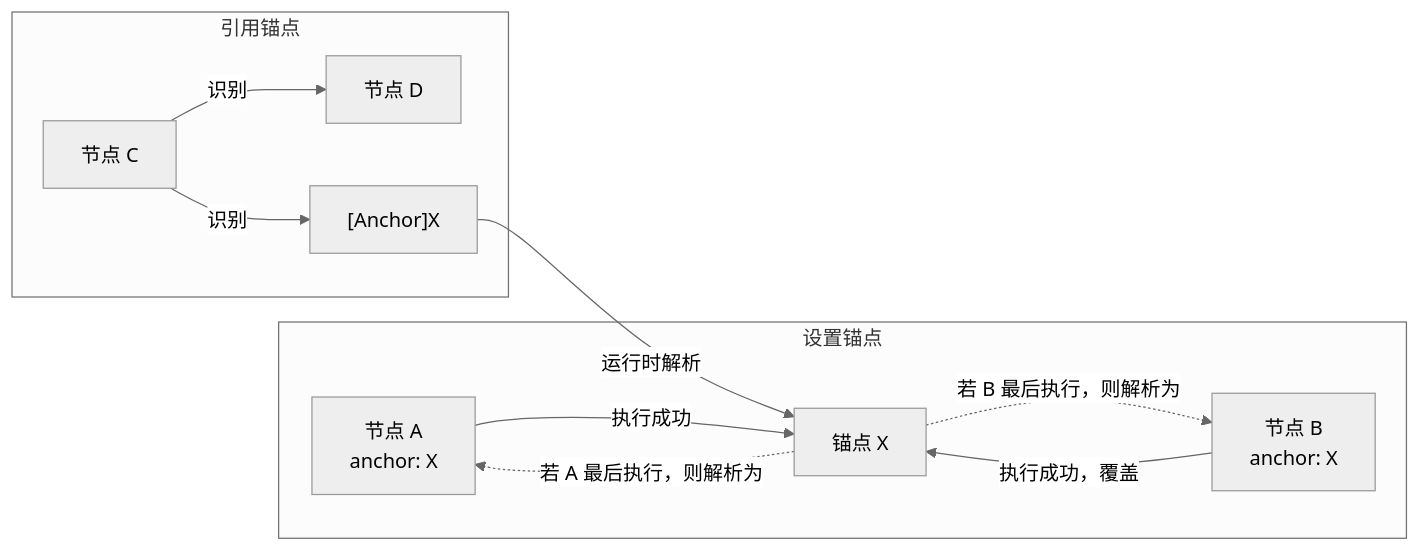
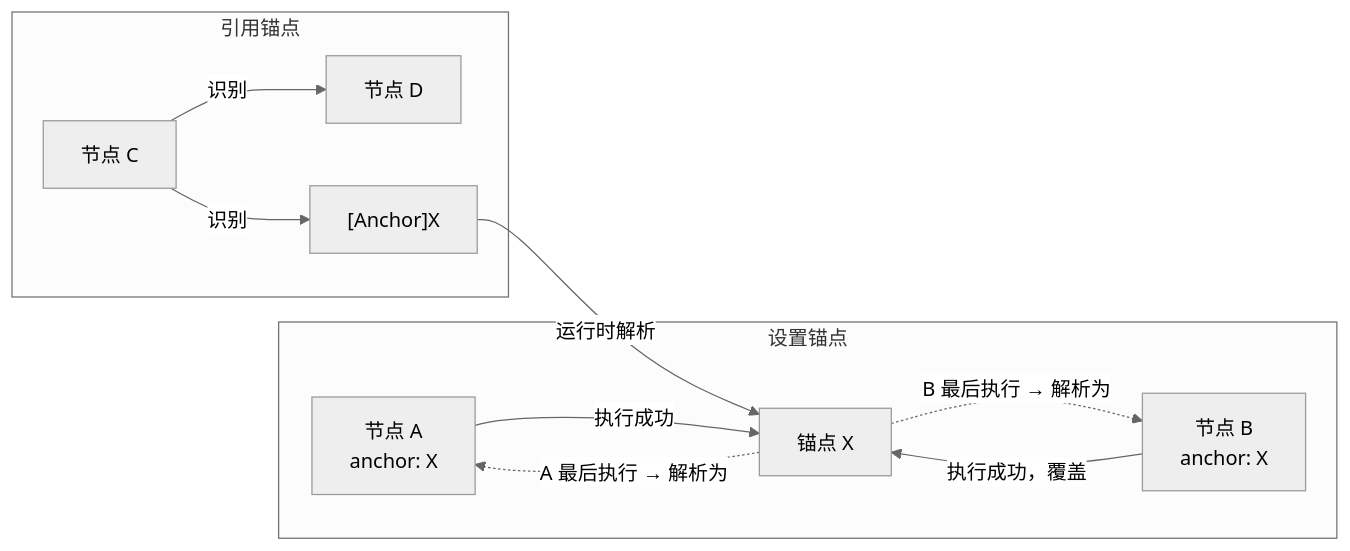
Before and after one commit to MaaXYZ/MaaFramework: the fifth of 5 diagrams in docs/zh_cn/3.1-任务流水线协议.md, drawn with Mermaid (neutral theme). The commit also changed 1 other file, not shown here.

Commit message:
Improve diagram labels for better consistency and readability

````diff
--- a/docs/zh_cn/3.1-任务流水线协议.md
+++ b/docs/zh_cn/3.1-任务流水线协议.md
@@ -437,14 +437,14 @@
 ```mermaid
 graph LR
     subgraph 设置锚点
         A[节点 A<br/>anchor: X] -->|执行成功| X[锚点 X]
         B[节点 B<br/>anchor: X] -->|执行成功，覆盖| X
     end
     subgraph 引用锚点
         C[节点 C] -->|识别| D[节点 D]
         C -->|识别| E["[Anchor]X"]
         E -->|运行时解析| X
-        X -.->|若 A 最后执行，则解析为| A
-        X -.->|若 B 最后执行，则解析为| B
+        X -.->|A 最后执行 → 解析为| A
+        X -.->|B 最后执行 → 解析为| B
     end
 ```
````
